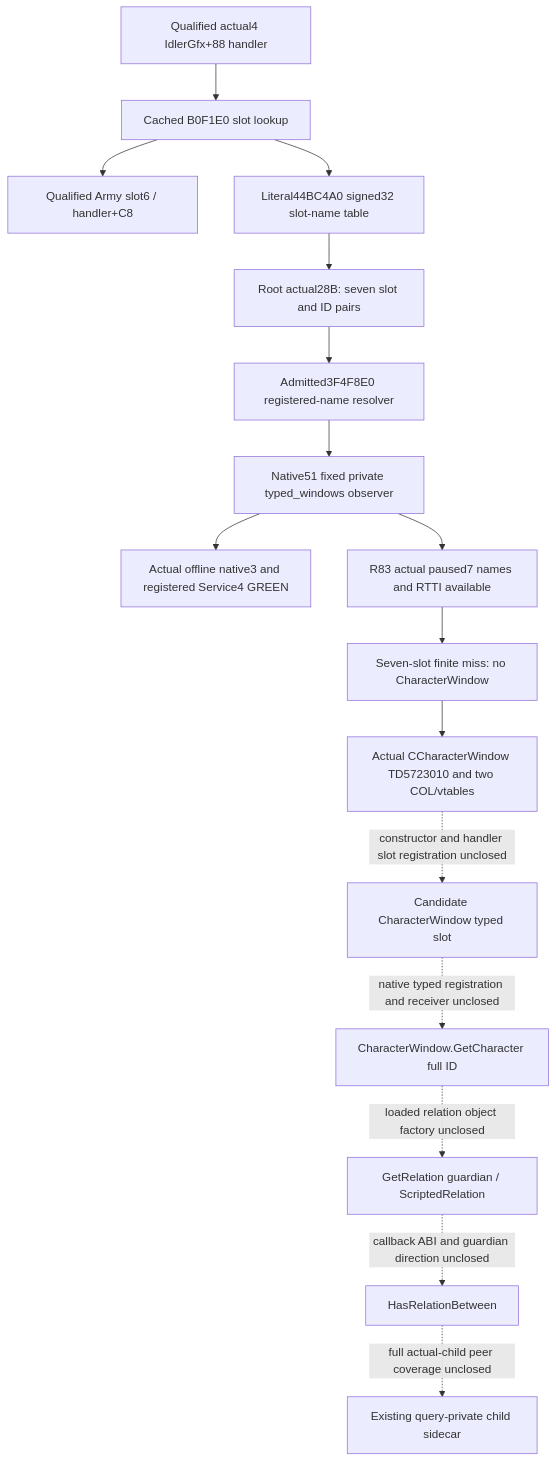
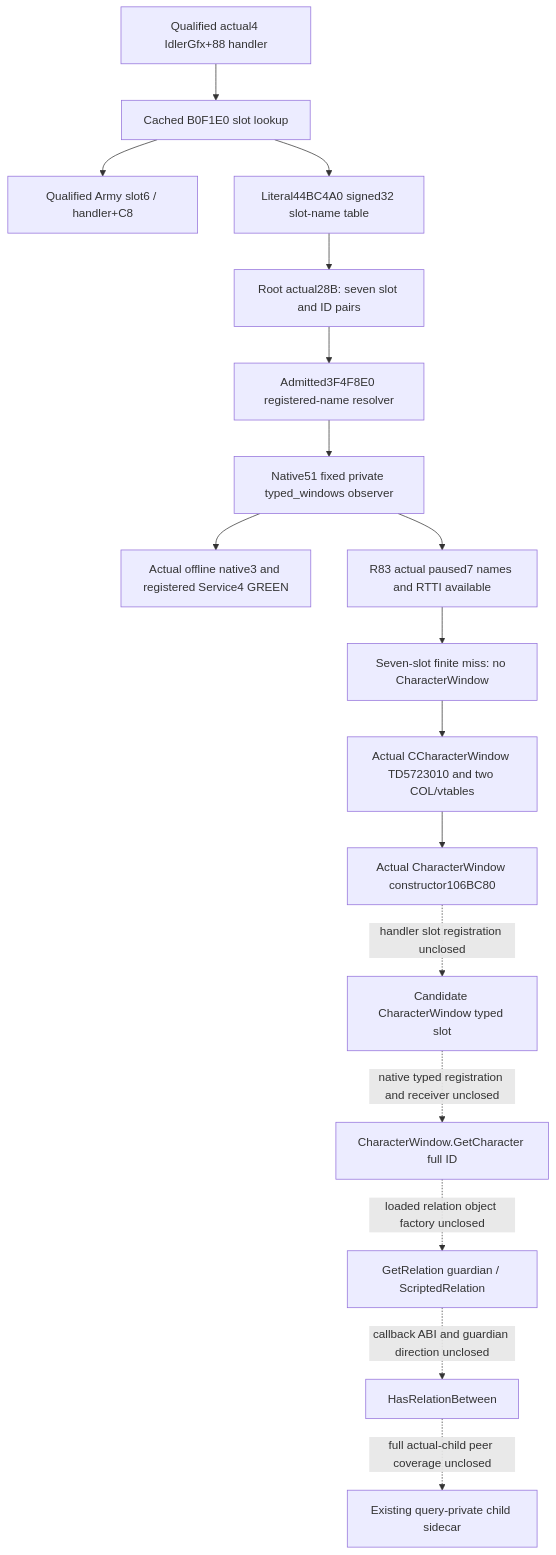
The second of 2 diagrams in docs/ck3-native-ai/character-window-guardian-native-provider-12004.md (XenoAmess/ck3_eternal_recurrence), drawn with Mermaid before and after one commit. The commit also changed other lines of this file, not shown here.

Commit message:
Close CharacterWindow construction and isolate the next member entry

````diff
--- a/docs/ck3-native-ai/character-window-guardian-native-provider-12004.md
+++ b/docs/ck3-native-ai/character-window-guardian-native-provider-12004.md
@@ -332,18 +366,19 @@
 ```mermaid
 flowchart TD
   I[Qualified actual4 IdlerGfx+88 handler] --> S[Cached B0F1E0 slot lookup]
   S --> A[Qualified Army slot6 / handler+C8]
   S --> T[Literal44BC4A0 signed32 slot-name table]
   T --> P[Root actual28B: seven slot and ID pairs]
   P --> N[Admitted3F4F8E0 registered-name resolver]
   N --> D[Native51 fixed private typed_windows observer]
   D --> F[Actual offline native3 and registered Service4 GREEN]
   D --> L[R83 actual paused7 names and RTTI available]
   L --> M[Seven-slot finite miss: no CharacterWindow]
   M --> T2[Actual CCharacterWindow TD5723010 and two COL/vtables]
-  T2 -. constructor and handler slot registration unclosed .-> C[Candidate CharacterWindow typed slot]
+  T2 --> K2[Actual CharacterWindow constructor106BC80]
+  K2 -. handler slot registration unclosed .-> C[Candidate CharacterWindow typed slot]
   C -. native typed registration and receiver unclosed .-> G[CharacterWindow.GetCharacter full ID]
   G -. loaded relation object factory unclosed .-> R[GetRelation guardian / ScriptedRelation]
   R -. callback ABI and guardian direction unclosed .-> H[HasRelationBetween]
   H -. full actual-child peer coverage unclosed .-> O[Existing query-private child sidecar]
 ```
````
